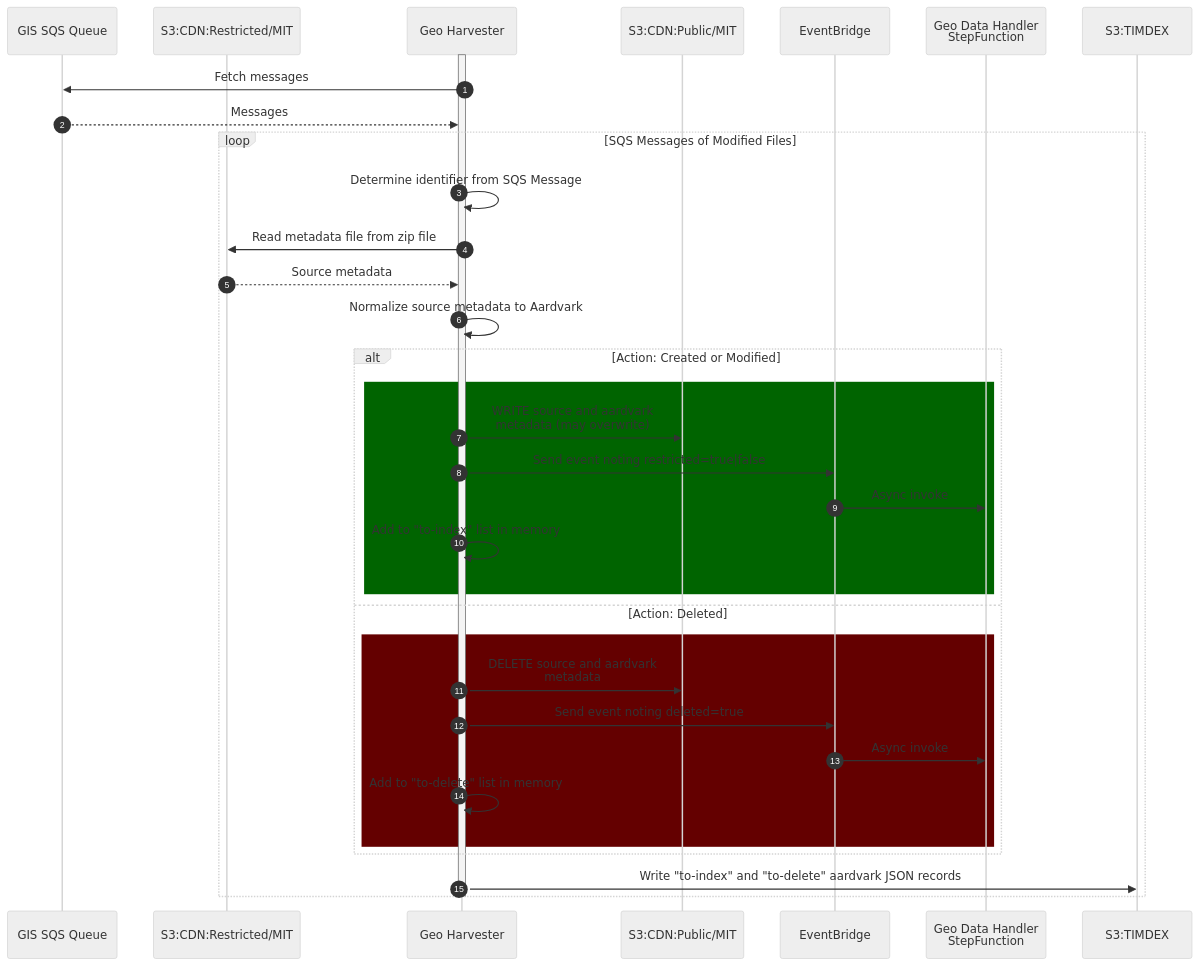
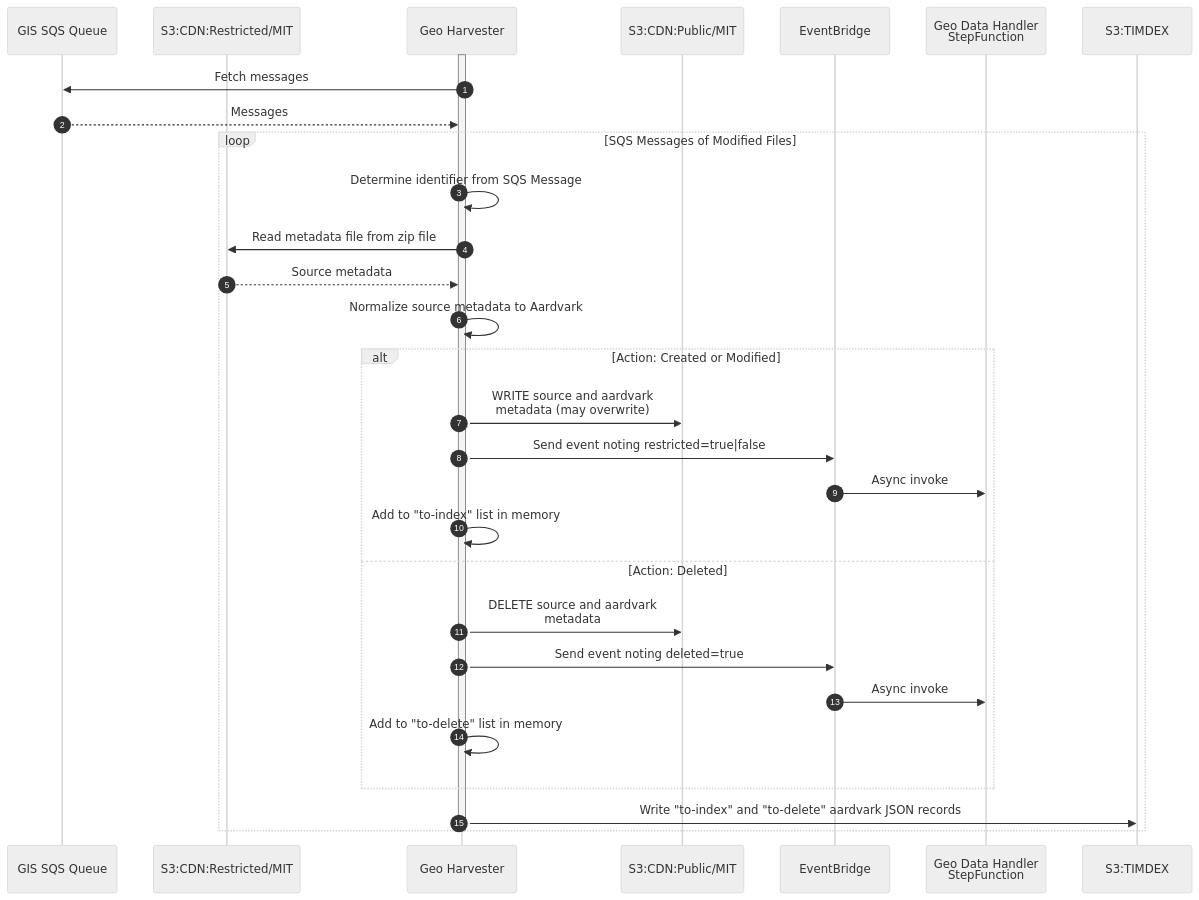
One commit to MITLibraries/geo-harvester changed the second of 3 diagrams in docs/mit_harvests.md. Above: the diagram before and after it, drawn with Mermaid (neutral theme). The commit also changed 1 other file, not shown here.

Commit message:
remove color boxes from sequence diagrams

````diff
--- a/docs/mit_harvests.md
+++ b/docs/mit_harvests.md
@@ -29,39 +29,35 @@
 ```mermaid
 sequenceDiagram
     autonumber
     participant sqs_queue as GIS SQS Queue
     participant s3_cdn_rest as S3:CDN:Restricted/MIT
     participant geo_harv as Geo Harvester
     participant s3_cdn_pub as S3:CDN:Public/MIT
     participant eb as EventBridge
     participant geo_data_sf as Geo Data Handler <br> StepFunction
     participant s3_timdex as S3:TIMDEX
     
     activate geo_harv
     geo_harv->>sqs_queue: Fetch messages
     sqs_queue-->>geo_harv: Messages
     loop SQS Messages of Modified Files
         geo_harv->>geo_harv: Determine identifier from SQS Message
         geo_harv->>s3_cdn_rest: Read metadata file from zip file
         s3_cdn_rest-->>geo_harv: Source metadata        
         geo_harv->>geo_harv: Normalize source metadata to Aardvark
         
         alt Action: Created or Modified
-            rect rgb(0, 100, 0)
-                geo_harv->>s3_cdn_pub: WRITE source and aardvark <br> metadata (may overwrite)        
-                geo_harv->>eb: Send event noting restricted=true|false
-                eb->>geo_data_sf: Async invoke
-                geo_harv->>geo_harv: Add to "to-index" list in memory
-            end
+            geo_harv->>s3_cdn_pub: WRITE source and aardvark <br> metadata (may overwrite)        
+            geo_harv->>eb: Send event noting restricted=true|false
+            eb->>geo_data_sf: Async invoke
+            geo_harv->>geo_harv: Add to "to-index" list in memory
         else Action: Deleted
-            rect rgb(100, 0, 0)
-                geo_harv->>s3_cdn_pub: DELETE source and aardvark <br> metadata
-                geo_harv->>eb: Send event noting deleted=true
-                eb->>geo_data_sf: Async invoke
-                geo_harv->>geo_harv: Add to "to-delete" list in memory
-            end
+            geo_harv->>s3_cdn_pub: DELETE source and aardvark <br> metadata
+            geo_harv->>eb: Send event noting deleted=true
+            eb->>geo_data_sf: Async invoke
+            geo_harv->>geo_harv: Add to "to-delete" list in memory
         end
         geo_harv->>s3_timdex: Write "to-index" and "to-delete" aardvark JSON records
     end
     deactivate geo_harv
 ```
````
